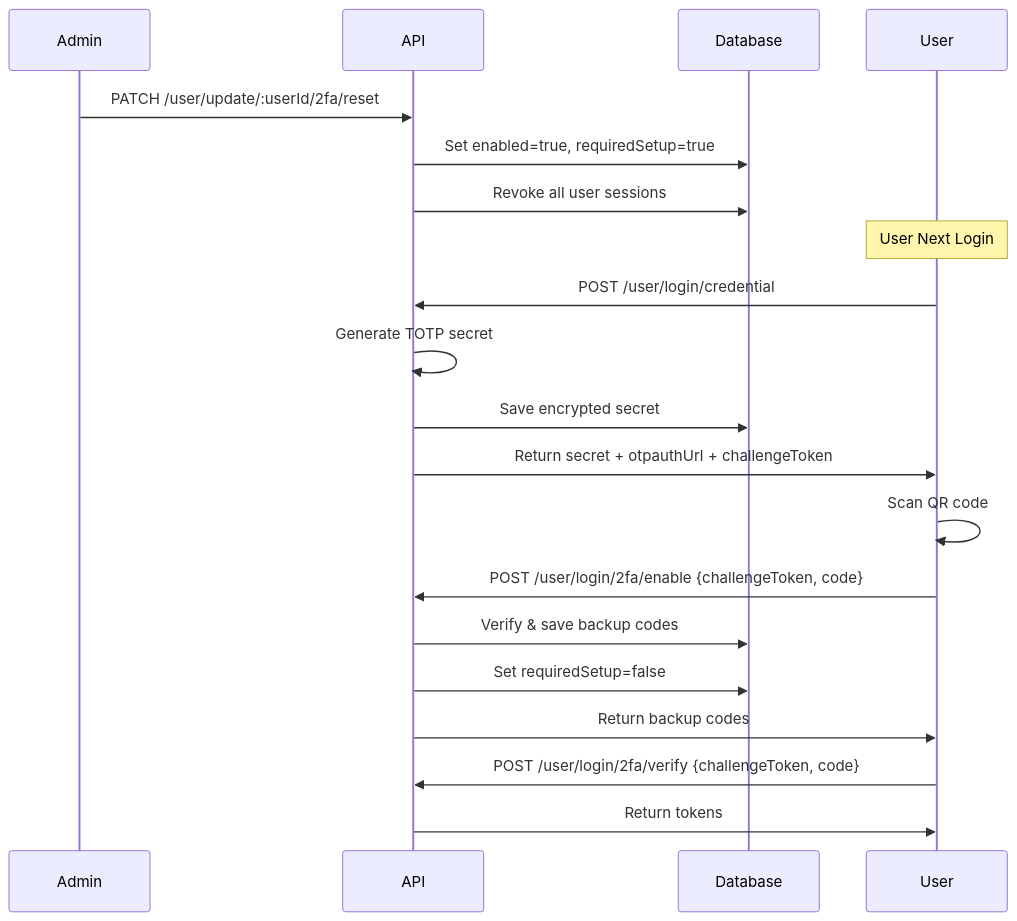
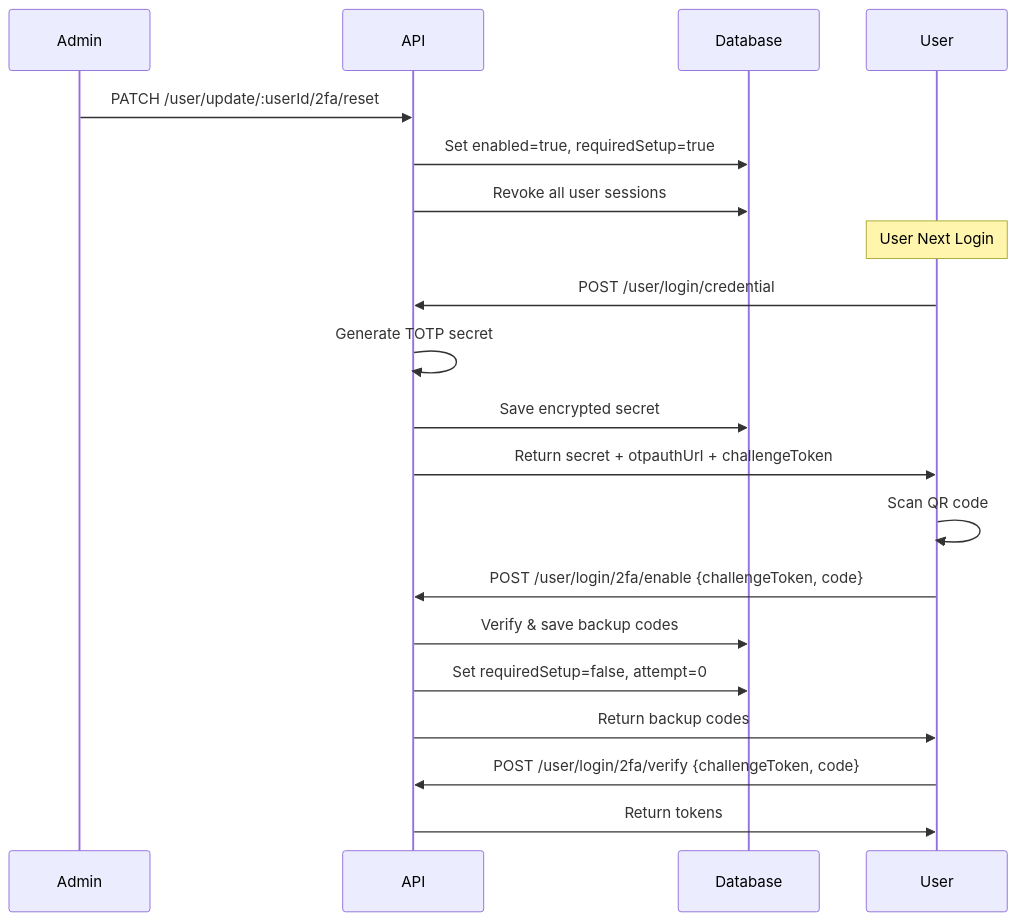
Before and after one commit to andrechristikan/ack-nestjs-boilerplate: the third of 9 diagrams in docs/two-factor.md, drawn with Mermaid. The commit also changed other lines of this file and 36 other files, not shown here.

````diff
--- a/docs/two-factor.md
+++ b/docs/two-factor.md
@@ -143,24 +250,24 @@
 ```mermaid
 sequenceDiagram
     participant Admin
     participant API
     participant Database
     participant User
 
     Admin->>API: PATCH /user/update/:userId/2fa/reset
     API->>Database: Set enabled=true, requiredSetup=true
     API->>Database: Revoke all user sessions
     
     Note over User: User Next Login
     User->>API: POST /user/login/credential
     API->>API: Generate TOTP secret
     API->>Database: Save encrypted secret
     API->>User: Return secret + otpauthUrl + challengeToken
     User->>User: Scan QR code
     User->>API: POST /user/login/2fa/enable {challengeToken, code}
     API->>Database: Verify & save backup codes
-    API->>Database: Set requiredSetup=false
+    API->>Database: Set requiredSetup=false, attempt=0
     API->>User: Return backup codes
     User->>API: POST /user/login/2fa/verify {challengeToken, code}
     API->>User: Return tokens
 ```
````
